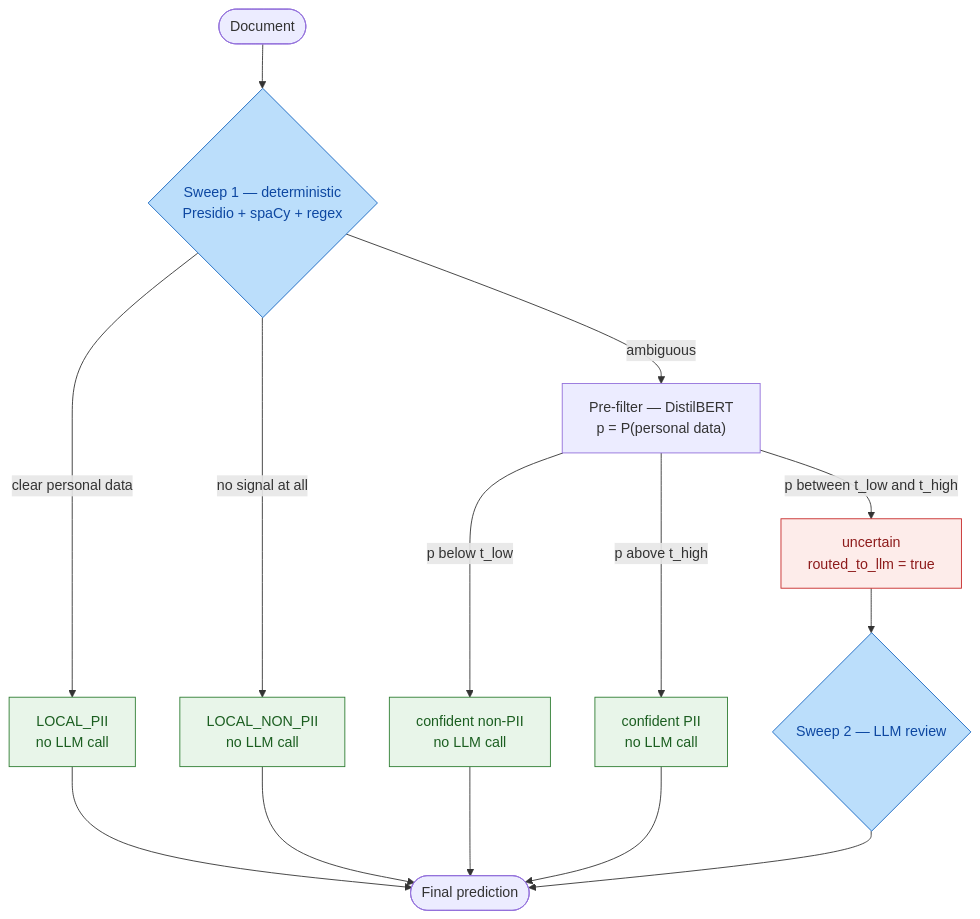
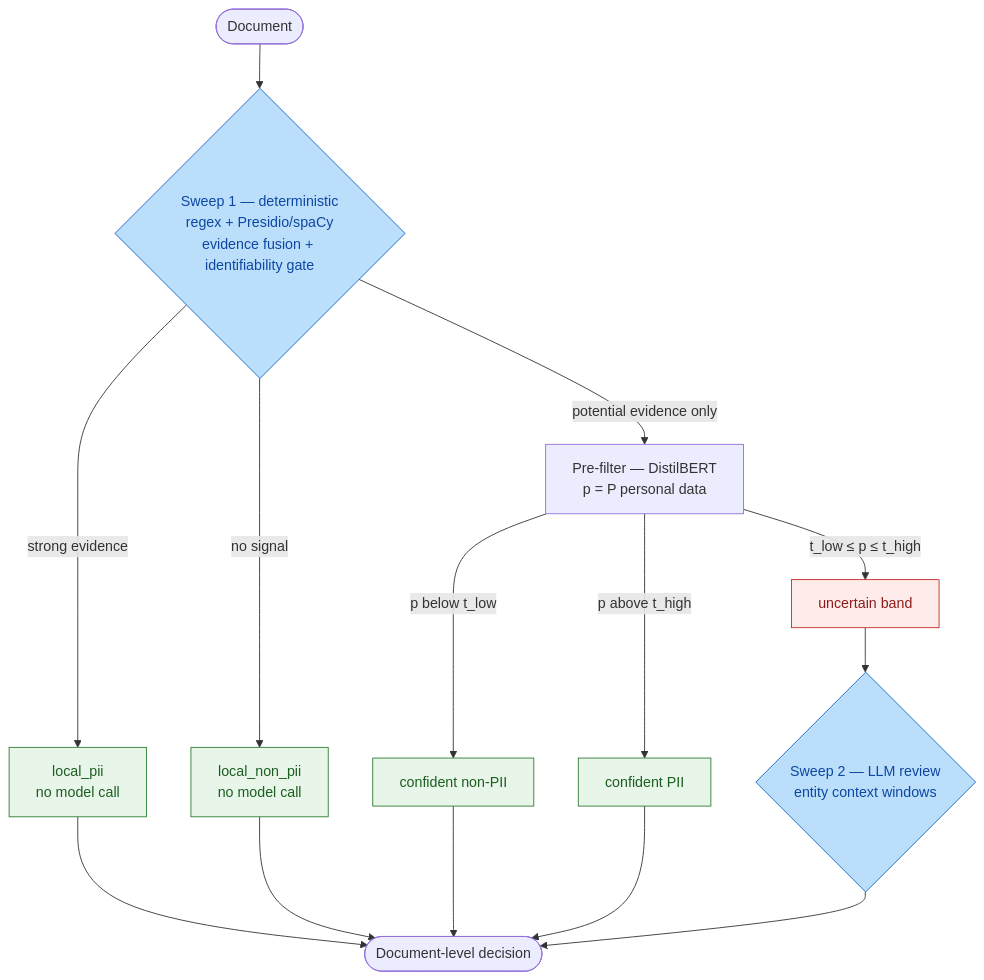
Before and after one commit to AstouK/pii_detection: the diagram in README.md, drawn with Mermaid. The commit also changed other lines of this file, not shown here.

First line of the commit message:
Revise README for GDPR PII Detection project

````diff
--- a/README.md
+++ b/README.md
@@ -23,28 +68,28 @@
 ```mermaid
 flowchart TD
-    DOC([Document]) --> S1{"Sweep 1 — deterministic<br/>Presidio + spaCy + regex"}
+    DOC([Document]) --> S1{"Sweep 1 — deterministic<br/>regex + Presidio/spaCy<br/>evidence fusion + identifiability gate"}
 
-    S1 -->|clear personal data| SC1["LOCAL_PII<br/>no LLM call"]
-    S1 -->|no signal at all| SC2["LOCAL_NON_PII<br/>no LLM call"]
-    S1 -->|ambiguous| PF["Pre-filter — DistilBERT<br/>p = P(personal data)"]
+    S1 -->|strong evidence| SC1["local_pii<br/>no model call"]
+    S1 -->|no signal| SC2["local_non_pii<br/>no model call"]
+    S1 -->|potential evidence only| PF["Pre-filter — DistilBERT<br/>p = P personal data"]
 
-    PF -->|"p below t_low"| Z1["confident non-PII<br/>no LLM call"]
-    PF -->|"p above t_high"| Z3["confident PII<br/>no LLM call"]
-    PF -->|"p between t_low and t_high"| Z2["uncertain<br/>routed_to_llm = true"]
+    PF -->|"p below t_low"| Z1["confident non-PII"]
+    PF -->|"p above t_high"| Z3["confident PII"]
+    PF -->|"t_low ≤ p ≤ t_high"| Z2["uncertain band"]
 
-    Z2 --> LLM{"Sweep 2 — LLM review"}
+    Z2 --> LLM{"Sweep 2 — LLM review<br/>entity context windows"}
 
-    SC1 --> OUT([Final prediction])
+    SC1 --> OUT([Document-level decision])
     SC2 --> OUT
     Z1 --> OUT
     Z3 --> OUT
     LLM --> OUT
 
     style S1 fill:#bbdefb,stroke:#1565c0,color:#0d47a1
     style LLM fill:#bbdefb,stroke:#1565c0,color:#0d47a1
     style SC1 fill:#e8f5e9,stroke:#2e7d32,color:#1b5e20
     style SC2 fill:#e8f5e9,stroke:#2e7d32,color:#1b5e20
     style Z1 fill:#e8f5e9,stroke:#2e7d32,color:#1b5e20
     style Z3 fill:#e8f5e9,stroke:#2e7d32,color:#1b5e20
     style Z2 fill:#fdecea,stroke:#c62828,color:#8e1c1c
 ```
````
